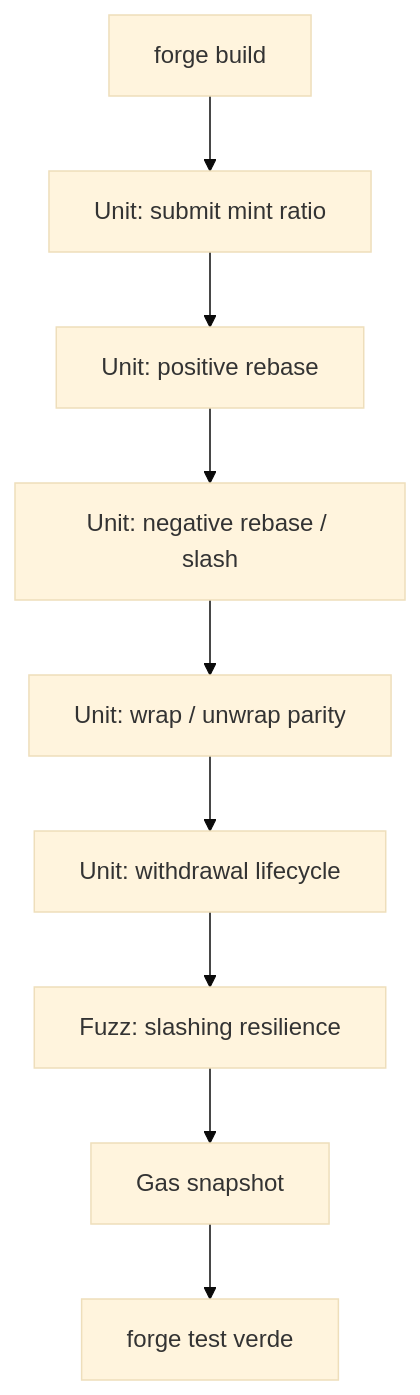
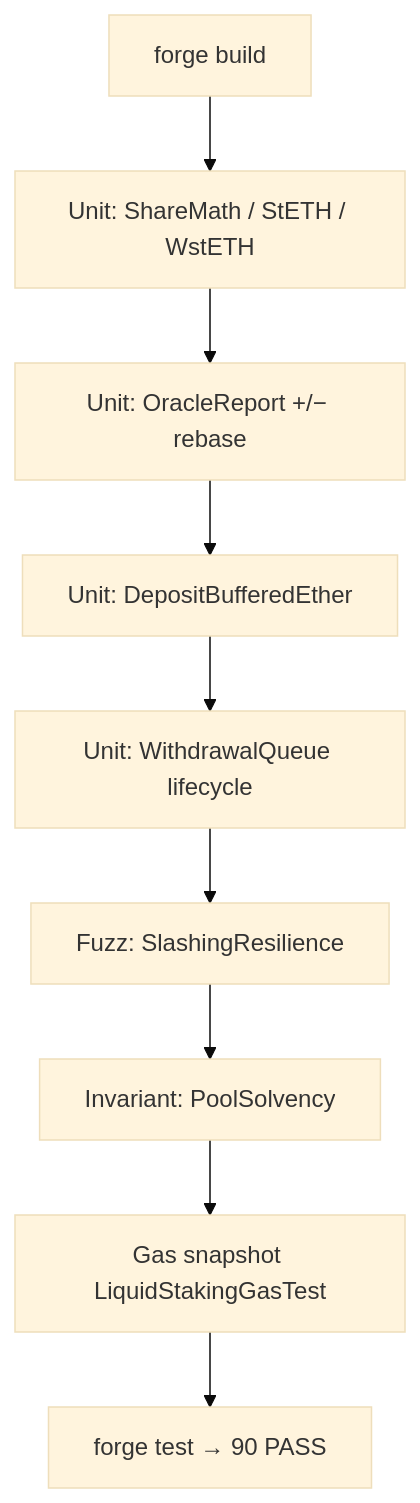
The fifth of 5 diagrams in doc/flujograma.md (rastrahm/liquid-staking-protocol), drawn with Mermaid (base theme) before and after one commit. The commit also changed other lines of this file and 12 other files, not shown here.

````diff
--- a/doc/flujograma.md
+++ b/doc/flujograma.md
@@ -114,11 +118,11 @@
 ```mermaid
 flowchart TD
-    A[forge build] --> B[Unit: submit mint ratio]
-    B --> C[Unit: positive rebase]
-    C --> D[Unit: negative rebase / slash]
-    D --> E[Unit: wrap / unwrap parity]
-    E --> F[Unit: withdrawal lifecycle]
-    F --> G[Fuzz: slashing resilience]
-    G --> H[Gas snapshot]
-    H --> I[forge test verde]
+    A[forge build] --> B[Unit: ShareMath / StETH / WstETH]
+    B --> C[Unit: OracleReport +/− rebase]
+    C --> D[Unit: DepositBufferedEther]
+    D --> E[Unit: WithdrawalQueue lifecycle]
+    E --> F[Fuzz: SlashingResilience]
+    F --> G[Invariant: PoolSolvency]
+    G --> H[Gas snapshot LiquidStakingGasTest]
+    H --> I[forge test → 90 PASS]
 ```
````
